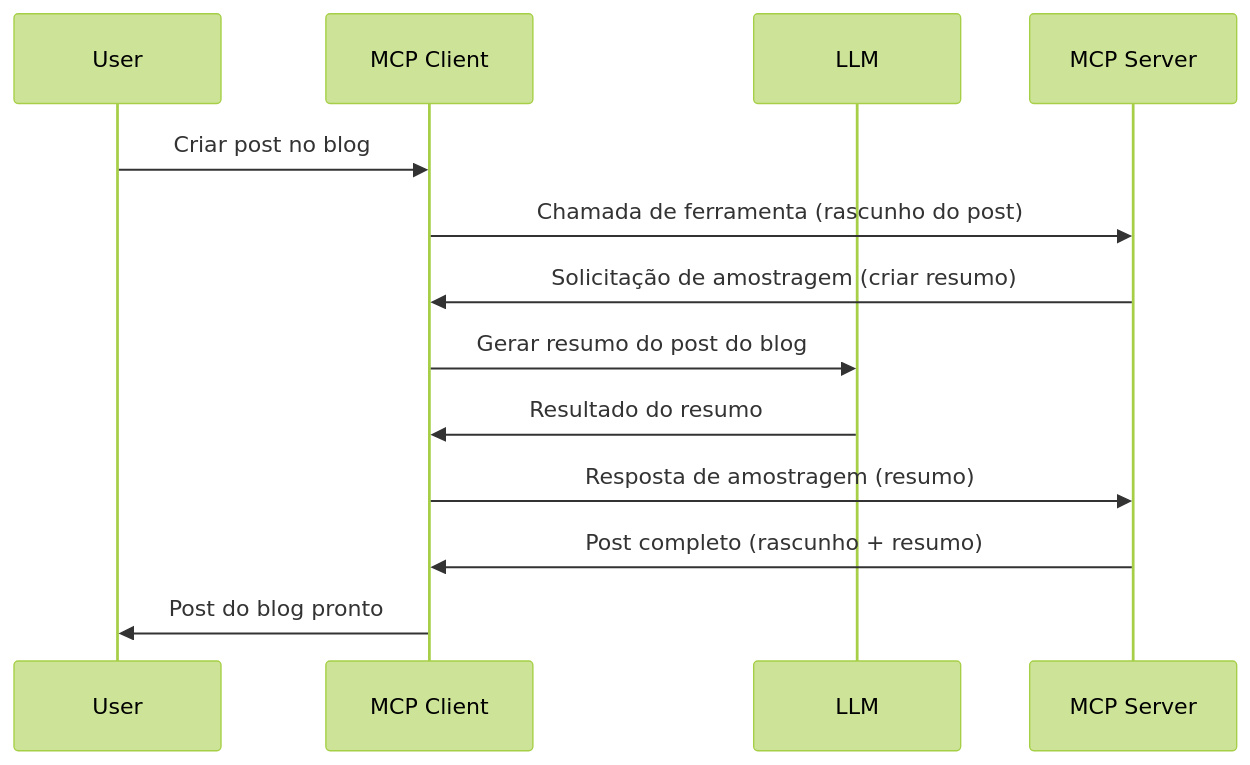
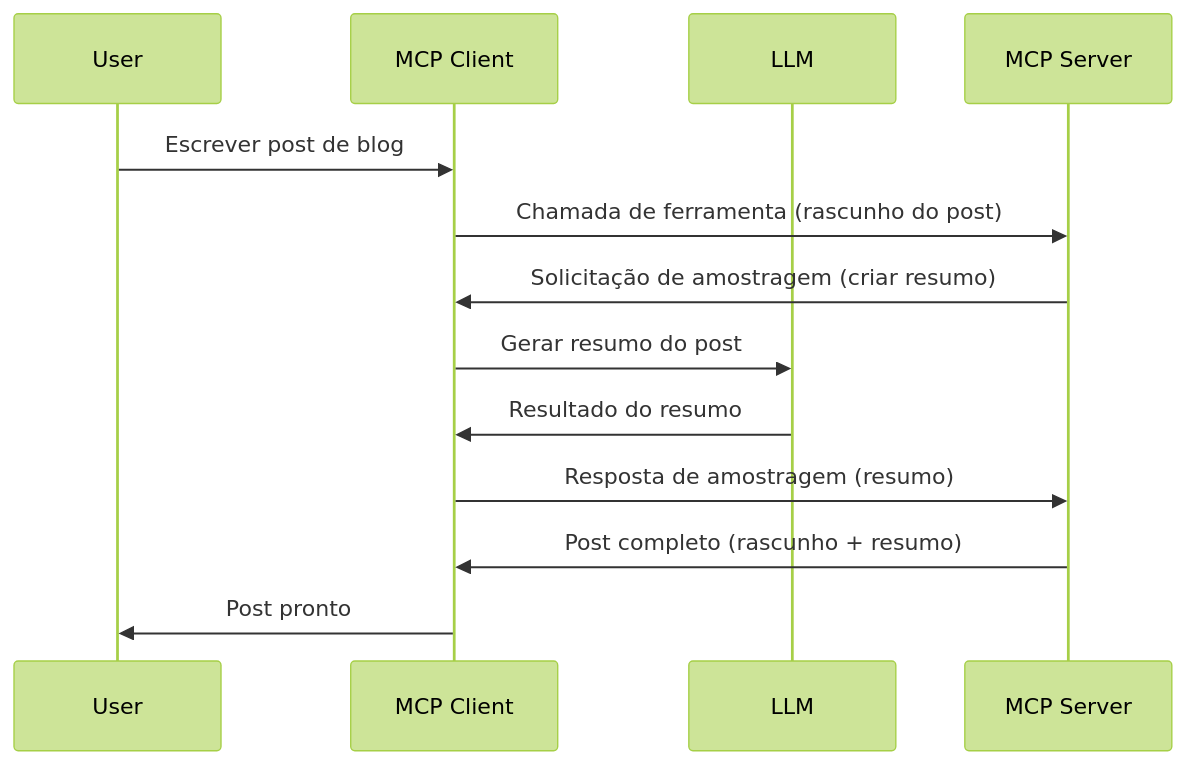
One commit to HIDORAKAI002/ai-workspace-archive changed the diagram in mcp_ecosystem__model_context_protocol/mcp_learning_resources/mcp-for-beginners/translations/pt-BR/03-GettingStarted/14-sampling/README.md. Above: the diagram before and after it, drawn with Mermaid (forest theme). The commit also changed other lines of this file and 1160 other files, not shown here.

````diff
--- a/mcp_ecosystem__model_context_protocol/mcp_learning_resources/mcp-for-beginners/translations/pt-BR/03-GettingStarted/14-sampling/README.md
+++ b/mcp_ecosystem__model_context_protocol/mcp_learning_resources/mcp-for-beginners/translations/pt-BR/03-GettingStarted/14-sampling/README.md
@@ -23,16 +23,16 @@
 ```mermaid
 sequenceDiagram
     participant User
     participant MCP Client
     participant LLM
     participant MCP Server
 
-    User->>MCP Client: Criar post no blog
+    User->>MCP Client: Escrever post de blog
     MCP Client->>MCP Server: Chamada de ferramenta (rascunho do post)
     MCP Server->>MCP Client: Solicitação de amostragem (criar resumo)
-    MCP Client->>LLM: Gerar resumo do post do blog
+    MCP Client->>LLM: Gerar resumo do post
     LLM->>MCP Client: Resultado do resumo
     MCP Client->>MCP Server: Resposta de amostragem (resumo)
     MCP Server->>MCP Client: Post completo (rascunho + resumo)
-    MCP Client->>User: Post do blog pronto
+    MCP Client->>User: Post pronto
 ```
````
